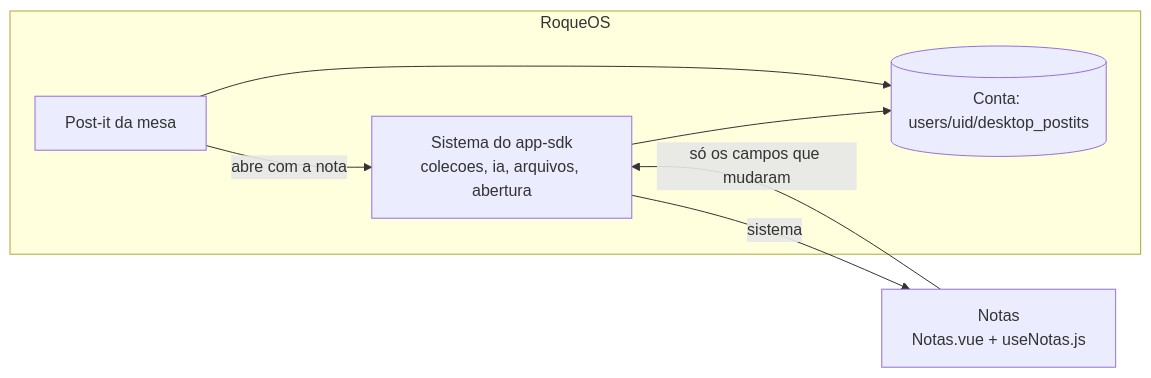
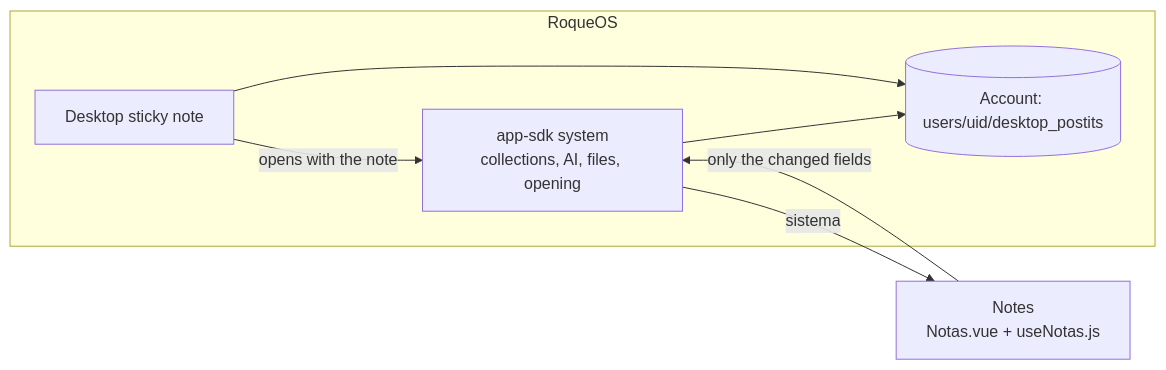
Before and after one commit to roqueos-apps/notas: the diagram in README.md, drawn with Mermaid. The commit also changed other lines of this file and 29 other files, not shown here.

````diff
--- a/README.md
+++ b/README.md
@@ -27,14 +17,14 @@
 ```mermaid
 flowchart LR
   subgraph RoqueOS
-    P[Post-it da mesa]
-    H[Sistema do app-sdk<br/>colecoes, ia, arquivos, abertura]
-    F[(Conta: users/uid/desktop_postits)]
+    P[Desktop sticky note]
+    H[app-sdk system<br/>collections, AI, files, opening]
+    F[(Account: users/uid/desktop_postits)]
   end
-  N[Notas<br/>Notas.vue + useNotas.js]
-  P -- abre com a nota --> H
+  N[Notes<br/>Notas.vue + useNotas.js]
+  P -- opens with the note --> H
   H -- sistema --> N
-  N -- só os campos que mudaram --> H
+  N -- only the changed fields --> H
   H --> F
   P --> F
 ```
````
